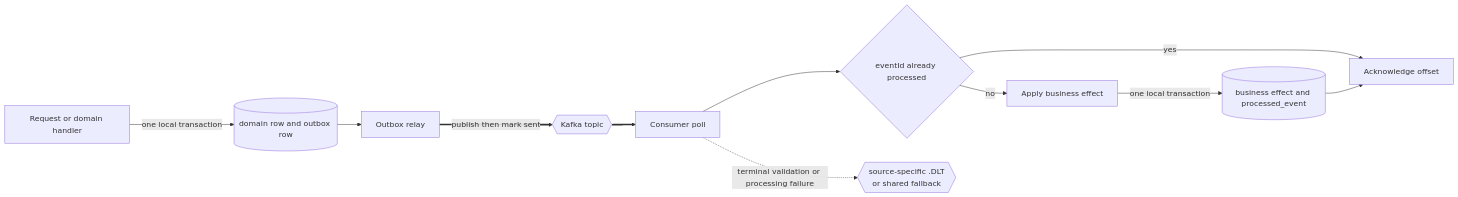
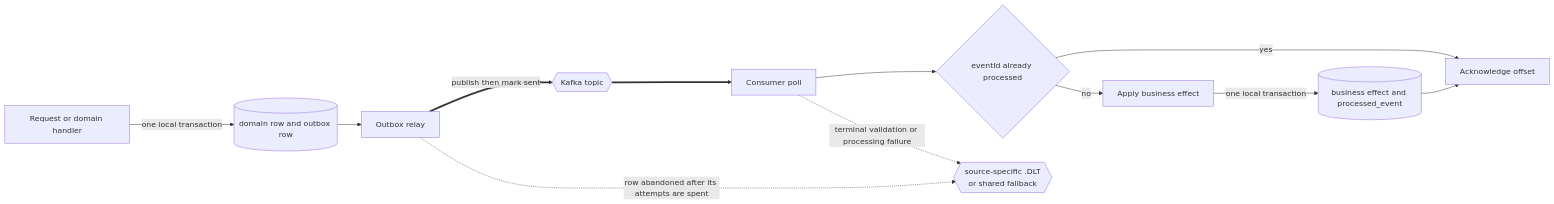
Before and after one commit to blitzy-public-samples/aws-carddemo-blitzy: the third of 3 diagrams in card-platform/docs/event-flow.md, drawn with Mermaid. The commit also changed other lines of this file and 163 other files, not shown here.

````diff
--- a/card-platform/docs/event-flow.md
+++ b/card-platform/docs/event-flow.md
@@ -271,24 +292,25 @@
 ```mermaid
 graph LR
     HANDLER["Request or domain handler"]
     PDB[("domain row and outbox row")]
     RELAY["Outbox relay"]
     TOPIC{{"Kafka topic"}}
     POLL["Consumer poll"]
     CHECK{"eventId already processed"}
     WORK["Apply business effect"]
     CDB[("business effect and processed_event")]
     ACK["Acknowledge offset"]
     DLQ{{"source-specific .DLT<br/>or shared fallback"}}
 
     HANDLER -->|"one local transaction"| PDB
     PDB --> RELAY
     RELAY ==>|"publish then mark sent"| TOPIC
     TOPIC ==> POLL
     POLL --> CHECK
     CHECK -->|"yes"| ACK
     CHECK -->|"no"| WORK
     WORK -->|"one local transaction"| CDB
     CDB --> ACK
     POLL -.->|"terminal validation or processing failure"| DLQ
+    RELAY -.->|"row abandoned after its attempts are spent"| DLQ
 ```
````
